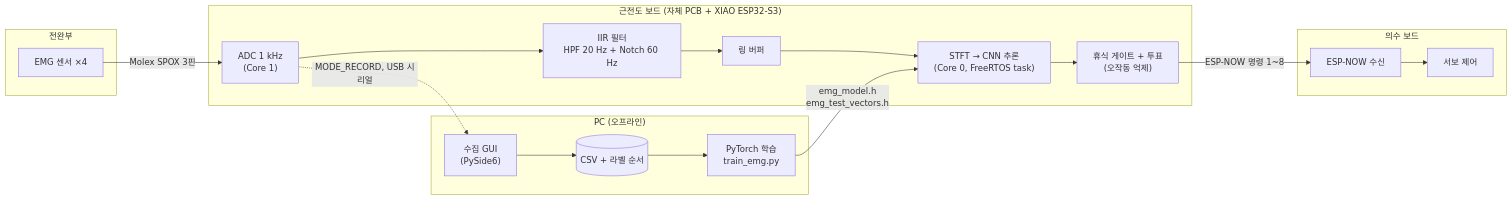
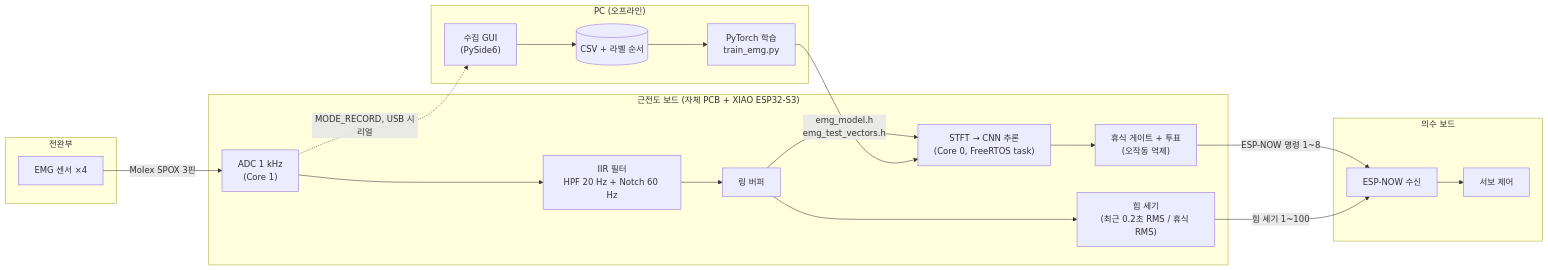
Before and after one commit to qetad13/rehand-emg-prosthesis: the diagram in README.md, drawn with Mermaid. The commit also changed other lines of this file and 4 other files, not shown here.

````diff
--- a/README.md
+++ b/README.md
@@ -21,24 +21,26 @@
 ```mermaid
 flowchart LR
     subgraph Arm["전완부"]
         S1[EMG 센서 ×4]
     end
     subgraph EMG["근전도 보드 (자체 PCB + XIAO ESP32-S3)"]
         ADC["ADC 1 kHz<br/>(Core 1)"] --> F["IIR 필터<br/>HPF 20 Hz + Notch 60 Hz"]
         F --> RB[링 버퍼]
         RB --> INF["STFT → CNN 추론<br/>(Core 0, FreeRTOS task)"]
         INF --> V["휴식 게이트 + 투표<br/>(오작동 억제)"]
+        RB --> ST["힘 세기<br/>(최근 0.2초 RMS / 휴식 RMS)"]
     end
     subgraph Hand["의수 보드"]
         R[ESP-NOW 수신] --> SV[서보 제어]
     end
     S1 -->|Molex SPOX 3핀| ADC
     V -->|ESP-NOW 명령 1~8| R
+    ST -->|힘 세기 1~100| R
 
     subgraph PC["PC (오프라인)"]
         GUI["수집 GUI<br/>(PySide6)"] --> CSV[(CSV + 라벨 순서)]
         CSV --> TR["PyTorch 학습<br/>train_emg.py"]
         TR -->|"emg_model.h<br/>emg_test_vectors.h"| INF
     end
     ADC -.->|MODE_RECORD, USB 시리얼| GUI
 ```
````
